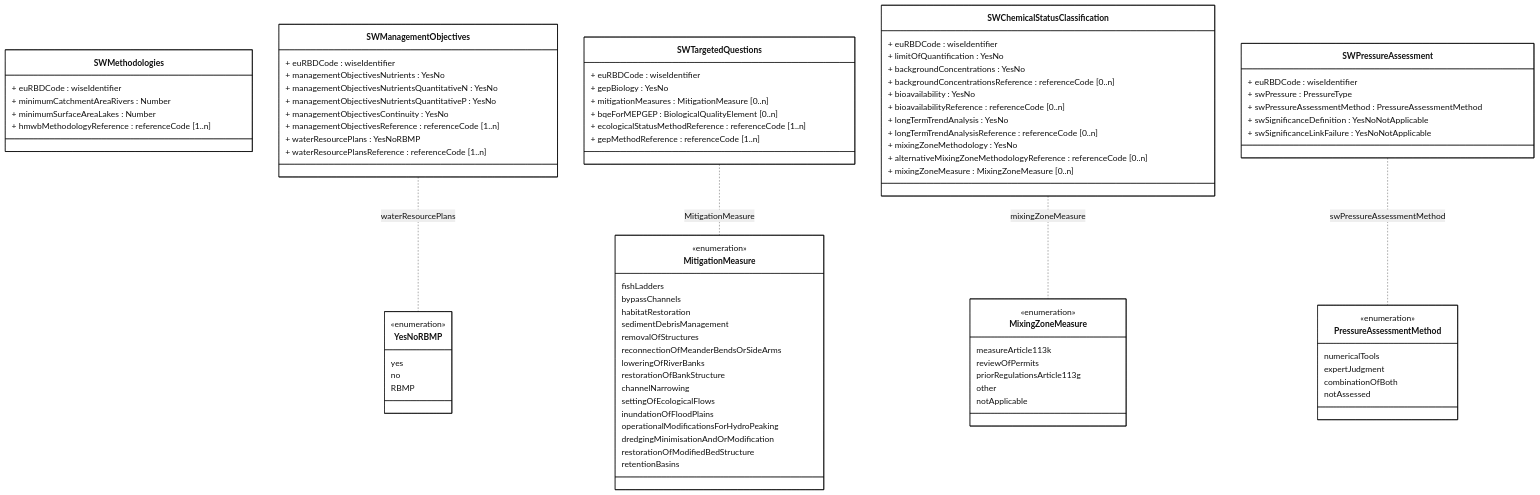
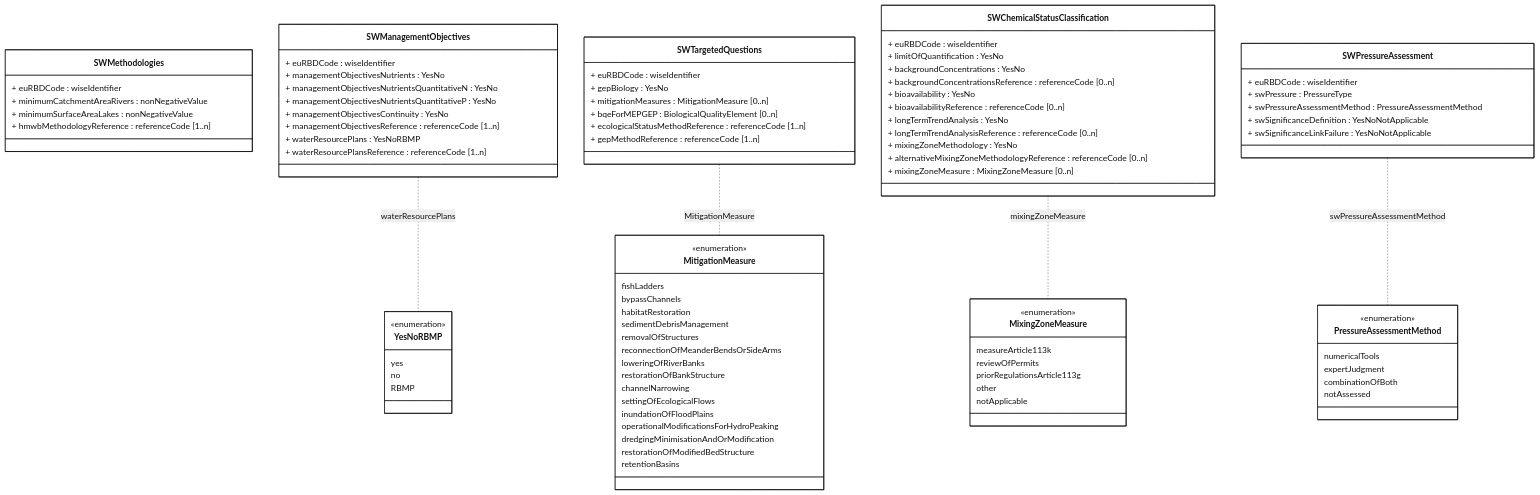
The diagram in docs/DataModelReview/mmd/SurfaceWaterMethodologies_4thCycle_SWMET_Part1_ClassDiagram.mmd (eeadata/WISE.WFD.Documentation), drawn with Mermaid before and after one commit. The commit also changed 5 other files, not shown here.

```diff
--- a/docs/DataModelReview/mmd/SurfaceWaterMethodologies_4thCycle_SWMET_Part1_ClassDiagram.mmd
+++ b/docs/DataModelReview/mmd/SurfaceWaterMethodologies_4thCycle_SWMET_Part1_ClassDiagram.mmd
@@ -1,108 +1,108 @@
 ---
 config:
   class:
     hideEmptyMembersBox: true
   layout: dagre
   theme: neutral
 ---
 classDiagram
 direction TB
 
 class SWMethodologies {
   + euRBDCode : wiseIdentifier
-  + minimumCatchmentAreaRivers : Number
-  + minimumSurfaceAreaLakes : Number
+  + minimumCatchmentAreaRivers : nonNegativeValue
+  + minimumSurfaceAreaLakes : nonNegativeValue
   + hmwbMethodologyReference : referenceCode [1..n]
 }
 
 class SWManagementObjectives {
   + euRBDCode : wiseIdentifier
   + managementObjectivesNutrients : YesNo
   + managementObjectivesNutrientsQuantitativeN : YesNo
   + managementObjectivesNutrientsQuantitativeP : YesNo
   + managementObjectivesContinuity : YesNo
   + managementObjectivesReference : referenceCode [1..n]
   + waterResourcePlans : YesNoRBMP
   + waterResourcePlansReference : referenceCode [1..n]
 }
 
 class SWTargetedQuestions{
   + euRBDCode : wiseIdentifier
   + gepBiology : YesNo
   + mitigationMeasures : MitigationMeasure [0..n]
   + bqeForMEPGEP : BiologicalQualityElement [0..n]
   + ecologicalStatusMethodReference : referenceCode [1..n]
   + gepMethodReference : referenceCode [1..n]
 }
 
 class SWChemicalStatusClassification {
   + euRBDCode : wiseIdentifier
   + limitOfQuantification : YesNo
   + backgroundConcentrations : YesNo
   + backgroundConcentrationsReference : referenceCode [0..n]
   + bioavailability : YesNo
   + bioavailabilityReference : referenceCode [0..n]
   + longTermTrendAnalysis : YesNo
   + longTermTrendAnalysisReference : referenceCode [0..n]
   + mixingZoneMethodology : YesNo
   + alternativeMixingZoneMethodologyReference : referenceCode [0..n]
   + mixingZoneMeasure : MixingZoneMeasure [0..n]
 }
 
 class SWPressureAssessment{
   + euRBDCode : wiseIdentifier
   + swPressure : PressureType
   + swPressureAssessmentMethod : PressureAssessmentMethod
   + swSignificanceDefinition : YesNoNotApplicable
   + swSignificanceLinkFailure : YesNoNotApplicable
 }
 
 class PressureAssessmentMethod{
 <<enumeration>>
 numericalTools
 expertJudgment
 combinationOfBoth
 notAssessed 
 }
 
 class MitigationMeasure{
-  <<enumeration>>
-  fishLadders
-  bypassChannels
-  habitatRestoration
-  sedimentDebrisManagement
-  removalOfStructures
-  reconnectionOfMeanderBendsOrSideArms
-  loweringOfRiverBanks
-  restorationOfBankStructure
-  channelNarrowing
-  settingOfEcologicalFlows
-  inundationOfFloodPlains
-  operationalModificationsForHydroPeaking
-  dredgingMinimisationAndOrModification
-  restorationOfModifiedBedStructure
-  retentionBasins
+<<enumeration>>
+fishLadders
+bypassChannels
+habitatRestoration
+sedimentDebrisManagement
+removalOfStructures
+reconnectionOfMeanderBendsOrSideArms
+loweringOfRiverBanks
+restorationOfBankStructure
+channelNarrowing
+settingOfEcologicalFlows
+inundationOfFloodPlains
+operationalModificationsForHydroPeaking
+dredgingMinimisationAndOrModification
+restorationOfModifiedBedStructure
+retentionBasins
 }
 
 class MixingZoneMeasure{
-  <<enumeration>>
-   measureArticle113k
-   reviewOfPermits
-   priorRegulationsArticle113g
-   other
-   notApplicable
-  }
+<<enumeration>>
+measureArticle113k
+reviewOfPermits
+priorRegulationsArticle113g
+other
+notApplicable
+}
 
 class YesNoRBMP{
-  <<enumeration>>
-  yes
-  no
-  RBMP}
+<<enumeration>>
+yes
+no
+RBMP}
 
 SWTargetedQuestions .. MitigationMeasure : MitigationMeasure
 SWChemicalStatusClassification .. MixingZoneMeasure : mixingZoneMeasure
 SWPressureAssessment .. PressureAssessmentMethod : swPressureAssessmentMethod
 SWManagementObjectives .. YesNoRBMP : waterResourcePlans
 
 classDef default fill:white,stroke:#000;
 classDef forFixing fill:white,stroke:#f00;
```
